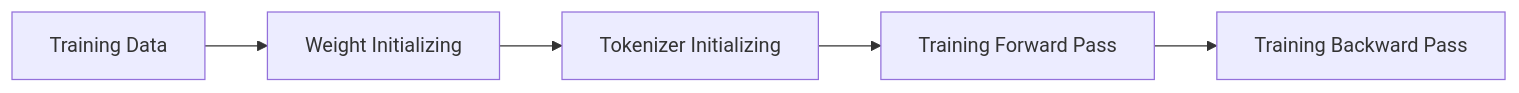
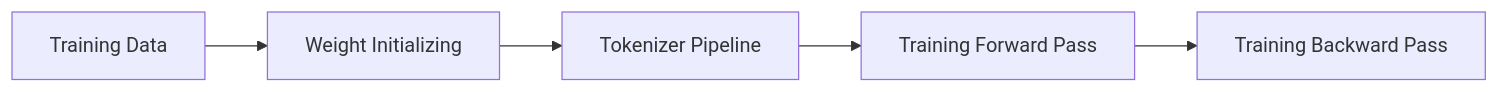
One commit to ChrisZhu2050/chriszhu2050.github.io changed the first of 7 diagrams in index.md. Above: the diagram before and after it, drawn with Mermaid. The commit also changed other lines of this file, not shown here.

````diff
--- a/index.md
+++ b/index.md
@@ -16,5 +16,5 @@
 ```mermaid
 
 graph LR
-    A[Training Data] --> B[Weight Initializing] --> C[Tokenizer Initializing] --> D[Training Forward Pass] --> E[Training Backward Pass]
+    A[Training Data] --> B[Weight Initializing] --> C[Tokenizer Pipeline] --> D[Training Forward Pass] --> E[Training Backward Pass]
 ```   
````
